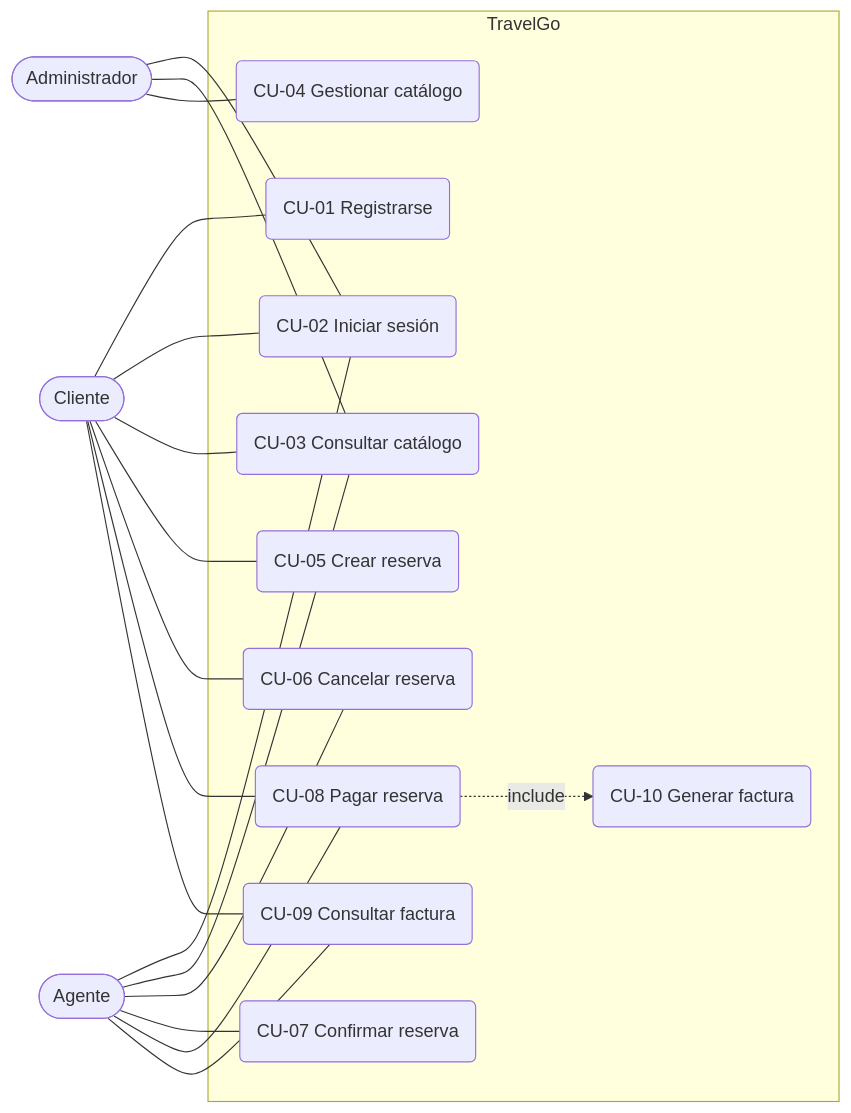
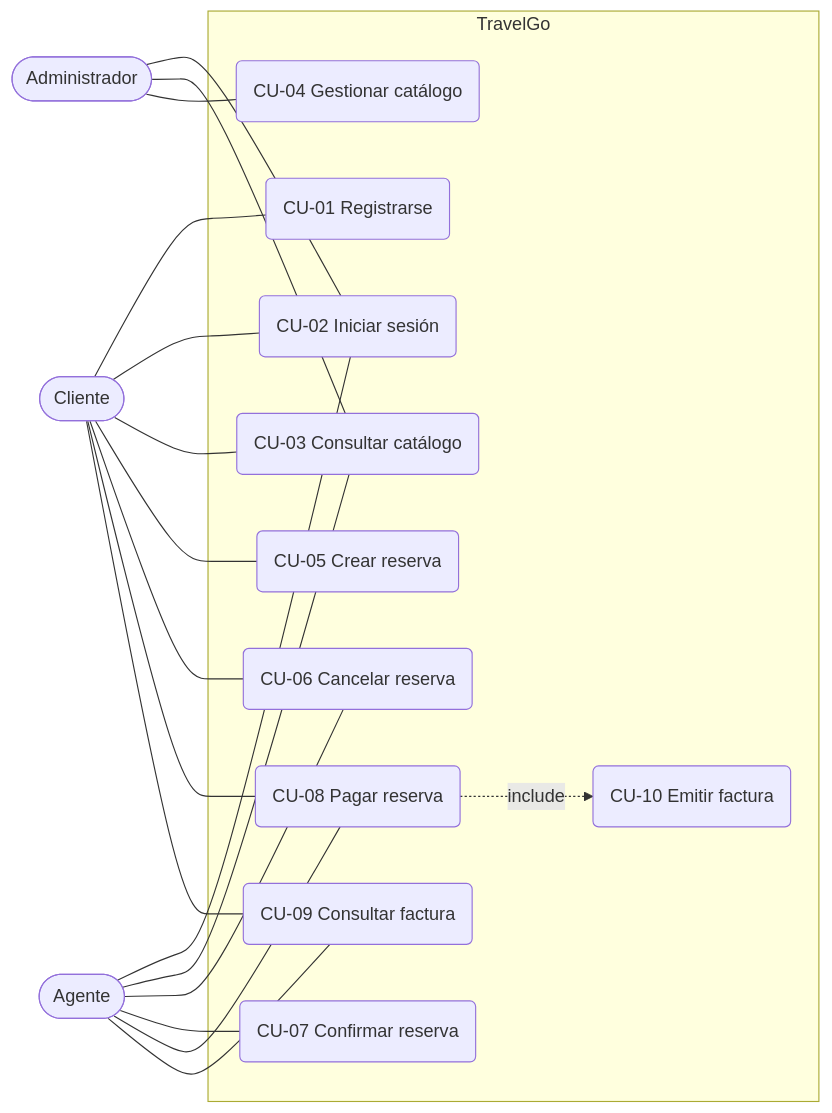
Before and after one commit to sierrajuan2005/travelgo: the first of 6 diagrams in docs/casos_de_uso_y_secuencia.md, drawn with Mermaid. The commit also changed other lines of this file and 3 other files, not shown here.

````diff
--- a/docs/casos_de_uso_y_secuencia.md
+++ b/docs/casos_de_uso_y_secuencia.md
@@ -15,37 +15,37 @@
 ```mermaid
 flowchart LR
     Cliente([Cliente])
     Agente([Agente])
     Admin([Administrador])
 
     subgraph TravelGo
         CU01(CU-01 Registrarse)
         CU02(CU-02 Iniciar sesión)
         CU03(CU-03 Consultar catálogo)
         CU04(CU-04 Gestionar catálogo)
         CU05(CU-05 Crear reserva)
         CU06(CU-06 Cancelar reserva)
         CU07(CU-07 Confirmar reserva)
         CU08(CU-08 Pagar reserva)
         CU09(CU-09 Consultar factura)
-        CU10(CU-10 Generar factura)
+        CU10(CU-10 Emitir factura)
     end
 
     Cliente --- CU01
     Cliente --- CU02
     Cliente --- CU03
     Cliente --- CU05
     Cliente --- CU06
     Cliente --- CU08
     Cliente --- CU09
     Agente --- CU02
     Agente --- CU03
     Agente --- CU06
     Agente --- CU07
     Agente --- CU08
     Agente --- CU09
     Admin --- CU02
     Admin --- CU03
     Admin --- CU04
     CU08 -. include .-> CU10
 ```
````
